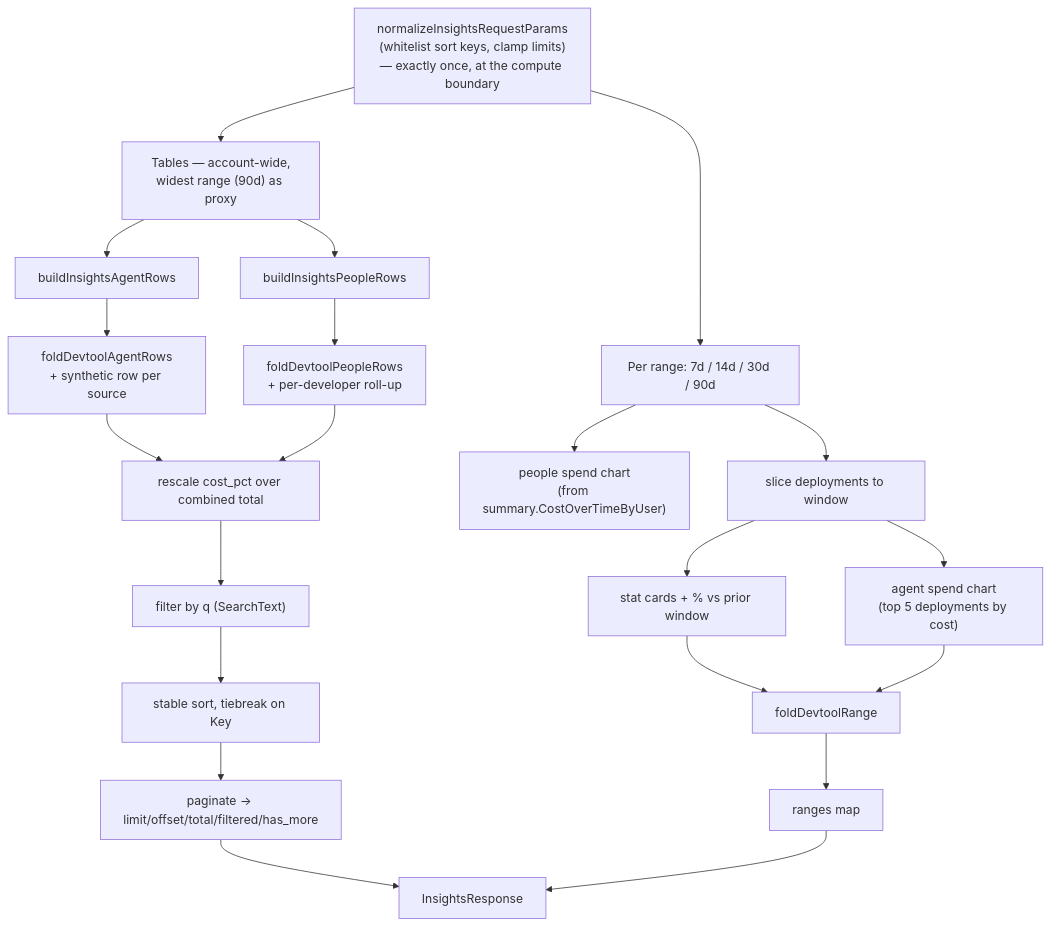
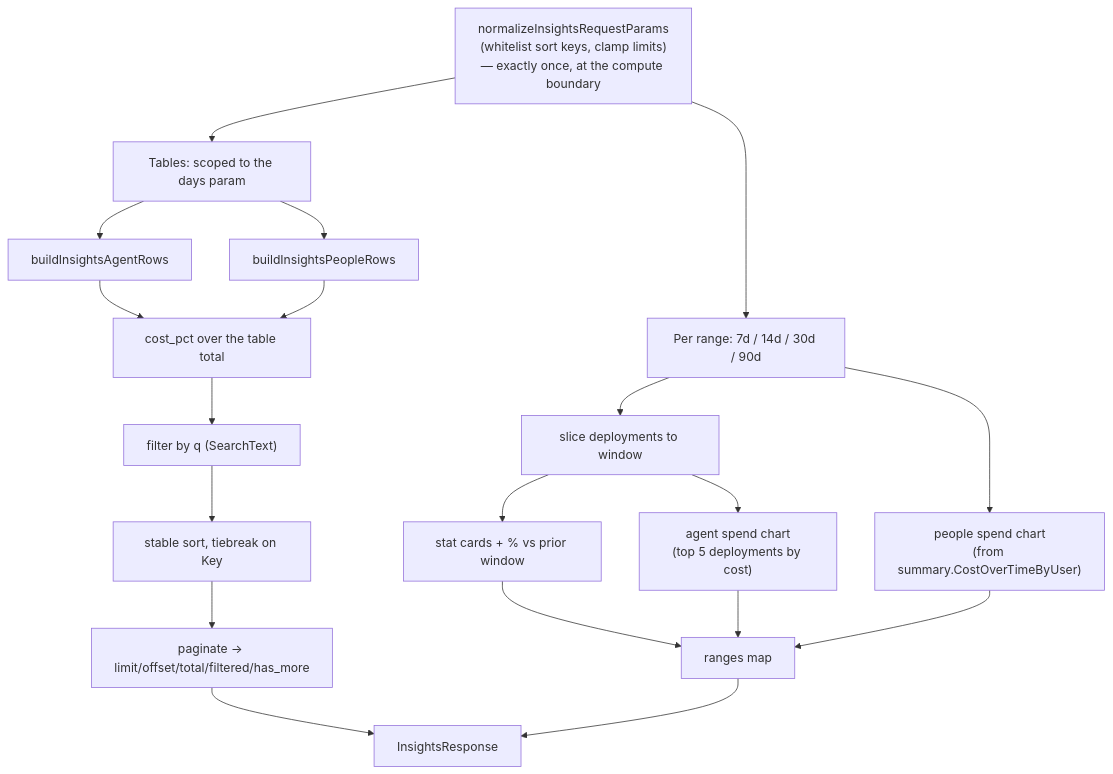
The fourth of 5 diagrams in docs/03-architecture/insights.md (astropods/astro-cli), drawn with Mermaid before and after one commit. The commit also changed other lines of this file and 46 other files, not shown here.

````diff
--- a/docs/03-architecture/insights.md
+++ b/docs/03-architecture/insights.md
@@ -159,27 +149,24 @@
 ```mermaid
 flowchart TD
   N["normalizeInsightsRequestParams<br/>(whitelist sort keys, clamp limits)<br/>— exactly once, at the compute boundary"]
 
   N --> RB["Per range: 7d / 14d / 30d / 90d"]
   RB --> SL["slice deployments to window"]
   SL --> SC["stat cards + % vs prior window"]
   SL --> CH["agent spend chart<br/>(top 5 deployments by cost)"]
   RB --> PC["people spend chart<br/>(from summary.CostOverTimeByUser)"]
-  SC --> FR["foldDevtoolRange"]
-  CH --> FR
-  FR --> RANGES["ranges map"]
+  SC --> RANGES["ranges map"]
+  CH --> RANGES
+  PC --> RANGES
 
-  N --> TB["Tables — account-wide,<br/>widest range (90d) as proxy"]
+  N --> TB["Tables: scoped to the days param"]
   TB --> AR["buildInsightsAgentRows"]
   TB --> PR["buildInsightsPeopleRows"]
-  AR --> FA["foldDevtoolAgentRows<br/>+ synthetic row per source"]
-  PR --> FP["foldDevtoolPeopleRows<br/>+ per-developer roll-up"]
-
-  FA --> PCT["rescale cost_pct over combined total"]
-  FP --> PCT
+  AR --> PCT["cost_pct over the table total"]
+  PR --> PCT
   PCT --> FILT["filter by q (SearchText)"]
   FILT --> SORT["stable sort, tiebreak on Key"]
   SORT --> PAG["paginate → limit/offset/total/filtered/has_more"]
   PAG --> OUT["InsightsResponse"]
   RANGES --> OUT
 ```
````
